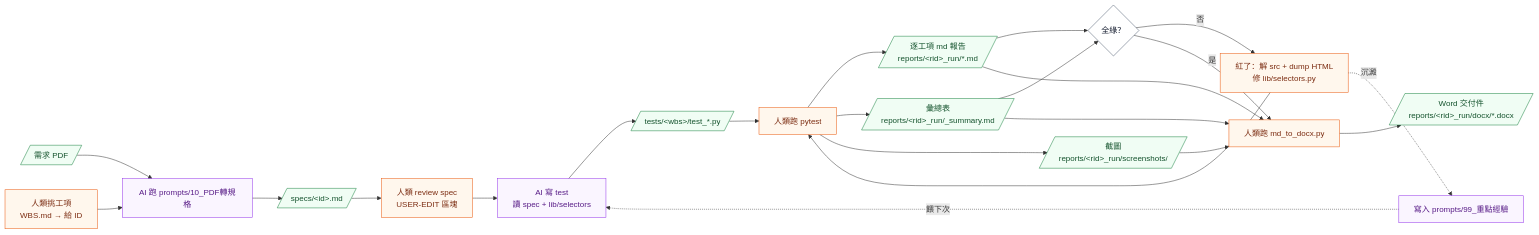
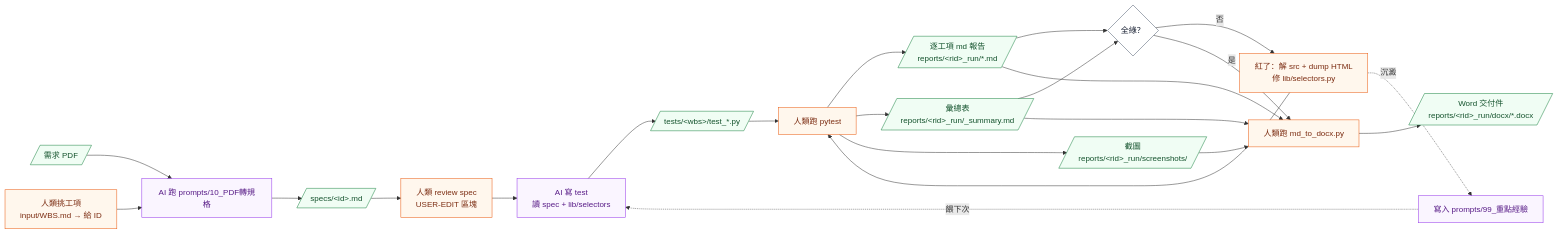
One commit to NoahGitHubAccount/POC_for_autotest changed the second of 2 diagrams in docs/技術架構.md. Above: the diagram before and after it, drawn with Mermaid. The commit also changed other lines of this file and 20 other files, not shown here.

````diff
--- a/docs/技術架構.md
+++ b/docs/技術架構.md
@@ -169,46 +171,46 @@
 ```mermaid
 flowchart LR
     classDef step fill:#fff,stroke:#475569,color:#0f172a
     classDef artifact fill:#f0fdf4,stroke:#15803d,color:#14532d
     classDef ai fill:#faf5ff,stroke:#9333ea,color:#581c87
     classDef human fill:#fff7ed,stroke:#ea580c,color:#7c2d12
 
     PDF[/"需求 PDF"/]:::artifact
-    WBSPICK["人類挑工項<br/>WBS.md → 給 ID"]:::human
+    WBSPICK["人類挑工項<br/>input/WBS.md → 給 ID"]:::human
     P10["AI 跑 prompts/10_PDF轉規格"]:::ai
     SPEC[/"specs/&lt;id&gt;.md"/]:::artifact
     REVIEW["人類 review spec<br/>USER-EDIT 區塊"]:::human
     P20["AI 寫 test<br/>讀 spec + lib/selectors"]:::ai
     TEST[/"tests/&lt;wbs&gt;/test_*.py"/]:::artifact
     RUN["人類跑 pytest"]:::human
     MD[/"逐工項 md 報告<br/>reports/&lt;rid&gt;_run/*.md"/]:::artifact
     SUMMARY[/"彙總表<br/>reports/&lt;rid&gt;_run/_summary.md"/]:::artifact
     SHOTS[/"截圖<br/>reports/&lt;rid&gt;_run/screenshots/"/]:::artifact
     FAIL{"全綠？"}:::step
     DEBUG["紅了：解 src + dump HTML<br/>修 lib/selectors.py"]:::human
     DOCX["人類跑 md_to_docx.py"]:::human
     WORD[/"Word 交付件<br/>reports/&lt;rid&gt;_run/docx/*.docx"/]:::artifact
     LEARN["寫入 prompts/99_重點經驗"]:::ai
 
     PDF --> P10
     WBSPICK --> P10
     P10 --> SPEC
     SPEC --> REVIEW
     REVIEW --> P20
     P20 --> TEST
     TEST --> RUN
     RUN --> MD
     RUN --> SUMMARY
     RUN --> SHOTS
     MD --> FAIL
     SUMMARY --> FAIL
     FAIL -- 否 --> DEBUG
     DEBUG --> RUN
     FAIL -- 是 --> DOCX
     MD --> DOCX
     SUMMARY --> DOCX
     SHOTS --> DOCX
     DOCX --> WORD
     DEBUG -. 沉澱 .-> LEARN
     LEARN -. 餵下次 .-> P20
 ```
````
